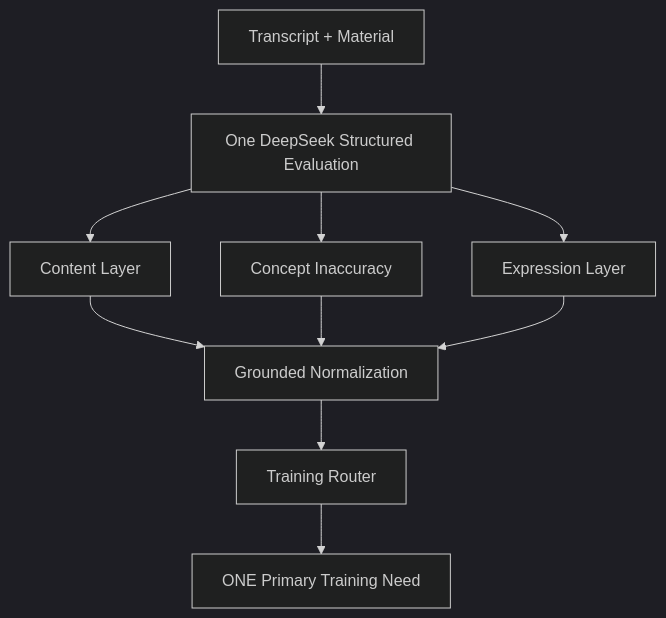
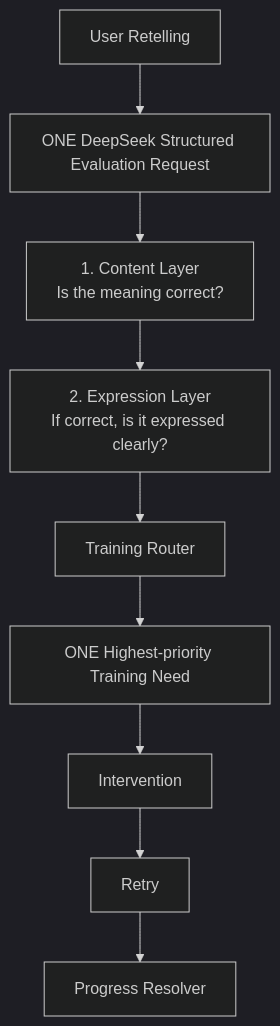
One commit to rui545699-lab/SpeakNext changed the second of 2 diagrams in README.md. Above: the diagram before and after it, drawn with Mermaid (dark theme). The commit also changed other lines of this file and 1 other file, not shown here.

````diff
--- a/README.md
+++ b/README.md
@@ -59,12 +90,11 @@
 ```mermaid
 flowchart TD
-    A[Transcript + Material] --> B[One DeepSeek Structured Evaluation]
-    B --> C[Content Layer]
-    B --> D[Concept Inaccuracy]
-    B --> E[Expression Layer]
-    C --> F[Grounded Normalization]
-    D --> F
-    E --> F
-    F --> G[Training Router]
-    G --> H[ONE Primary Training Need]
+    A[User Retelling] --> B[ONE DeepSeek Structured Evaluation Request]
+    B --> C[1. Content Layer<br/>Is the meaning correct?]
+    C --> D[2. Expression Layer<br/>If correct, is it expressed clearly?]
+    D --> E[Training Router]
+    E --> F[ONE Highest-priority Training Need]
+    F --> G[Intervention]
+    G --> H[Retry]
+    H --> I[Progress Resolver]
 ```
````
